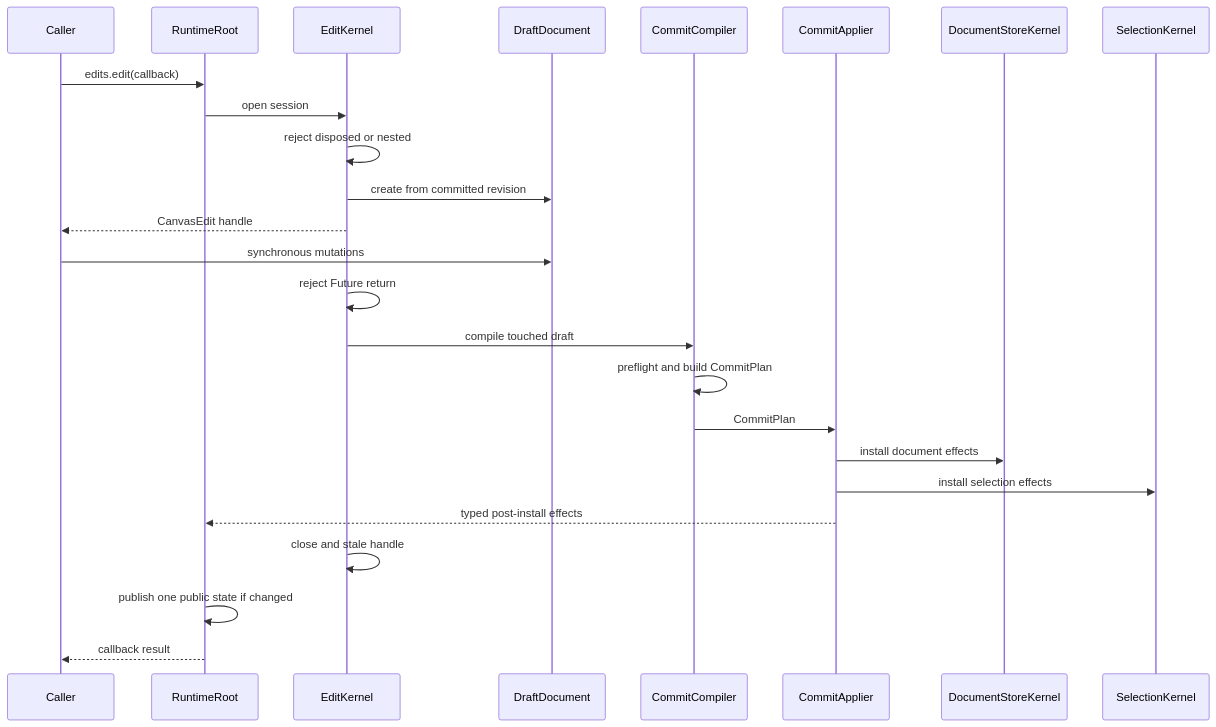
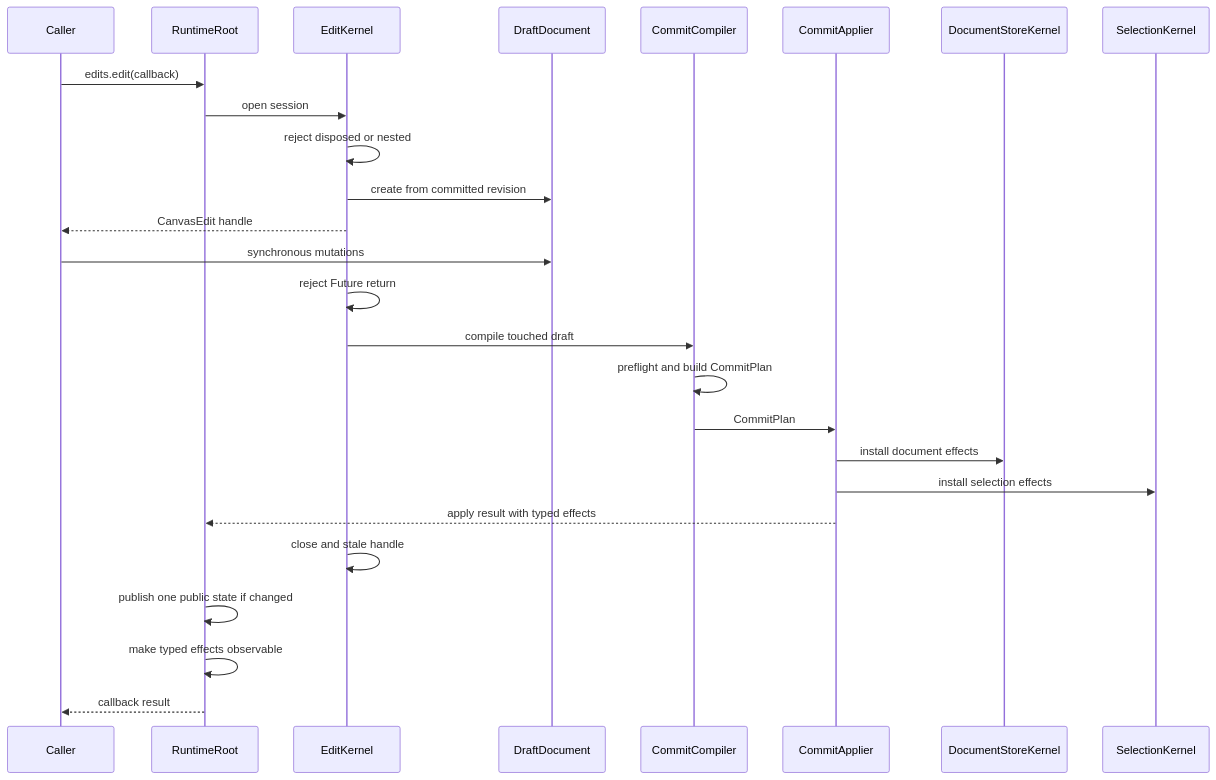
One commit to GreatPika/iwb_canvas_engine changed the third of 4 diagrams in .design/2026-05-24-p5-edit-core.md. Above: the diagram before and after it, drawn with Mermaid. The commit also changed other lines of this file, not shown here.

````diff
--- a/.design/2026-05-24-p5-edit-core.md
+++ b/.design/2026-05-24-p5-edit-core.md
@@ -416,28 +456,29 @@
 ```mermaid
 sequenceDiagram
   participant Caller
   participant Runtime as RuntimeRoot
   participant Edit as EditKernel
   participant Draft as DraftDocument
   participant Compiler as CommitCompiler
   participant Applier as CommitApplier
   participant Store as DocumentStoreKernel
   participant Selection as SelectionKernel
 
   Caller->>Runtime: edits.edit(callback)
   Runtime->>Edit: open session
   Edit->>Edit: reject disposed or nested
   Edit->>Draft: create from committed revision
   Edit-->>Caller: CanvasEdit handle
   Caller->>Draft: synchronous mutations
   Edit->>Edit: reject Future return
   Edit->>Compiler: compile touched draft
   Compiler->>Compiler: preflight and build CommitPlan
   Compiler->>Applier: CommitPlan
   Applier->>Store: install document effects
   Applier->>Selection: install selection effects
-  Applier-->>Runtime: typed post-install effects
+  Applier-->>Runtime: apply result with typed effects
   Edit->>Edit: close and stale handle
   Runtime->>Runtime: publish one public state if changed
+  Runtime->>Runtime: make typed effects observable
   Runtime-->>Caller: callback result
 ```
````
